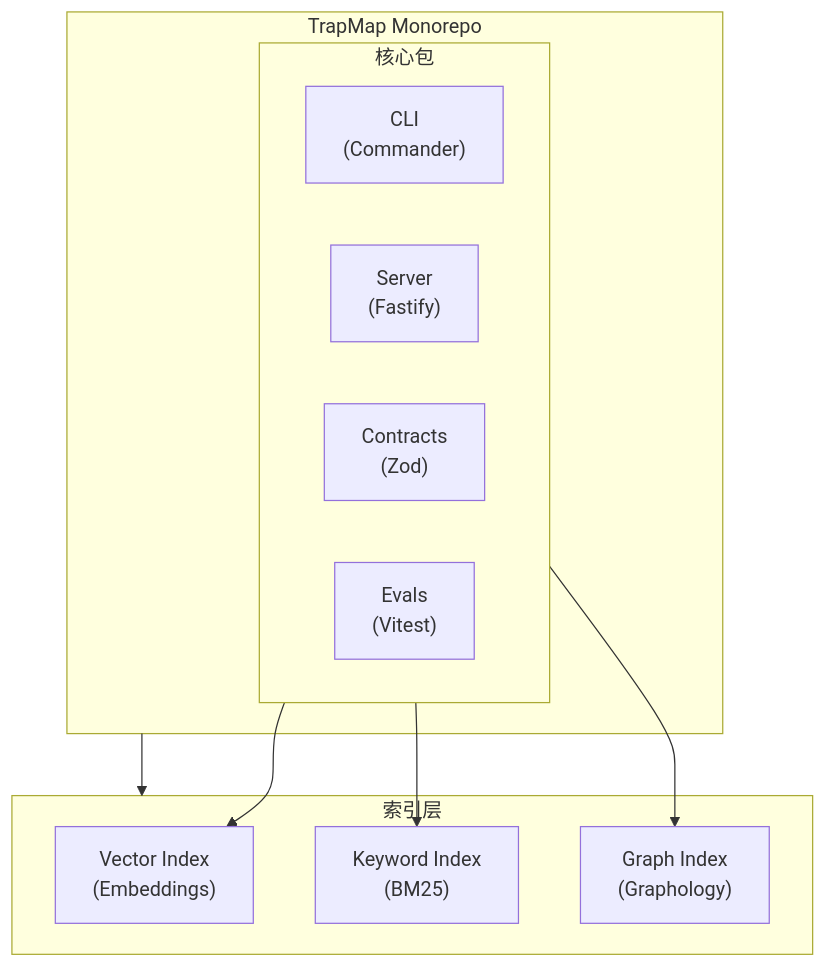
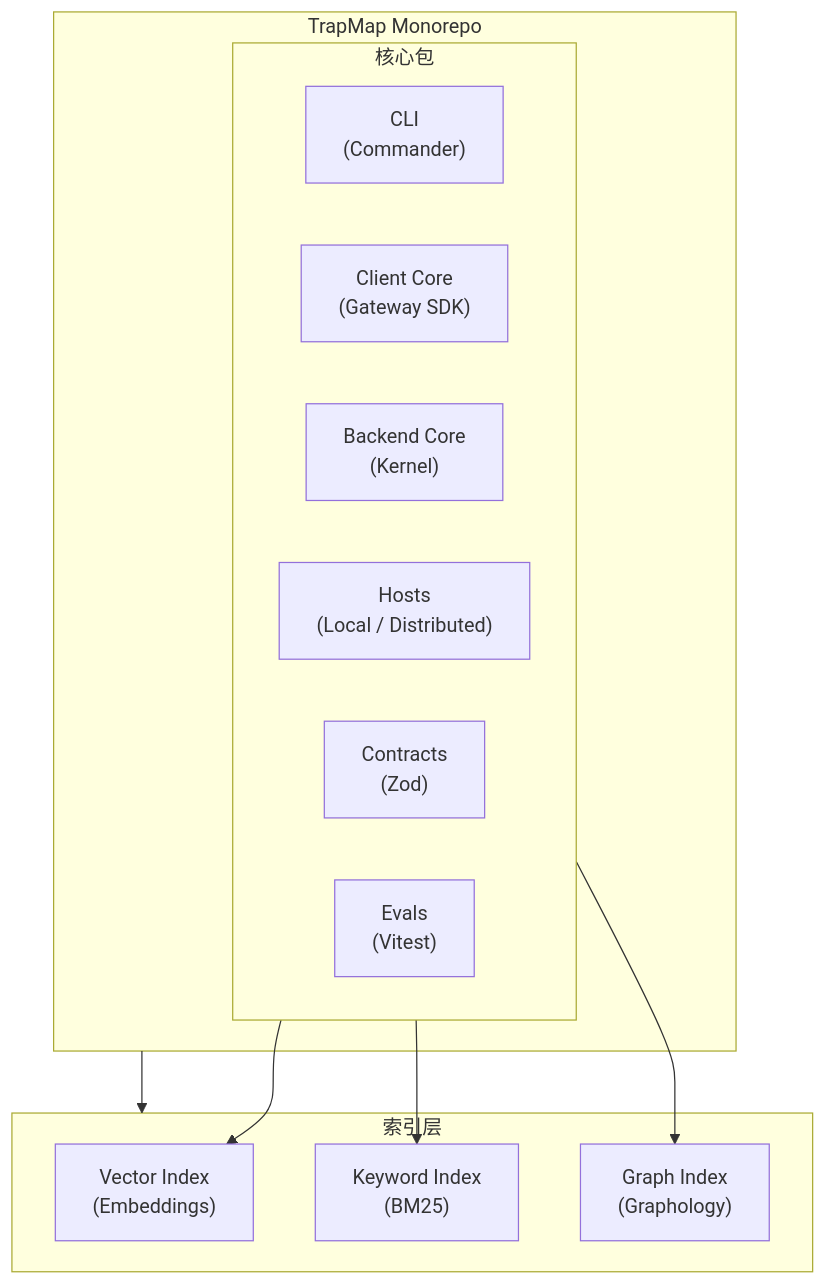
One commit to pofossette/TrapMap-for-vibing changed the diagram in docs/README.md. Above: the diagram before and after it, drawn with Mermaid. The commit also changed other lines of this file and 23 other files, not shown here.

````diff
--- a/docs/README.md
+++ b/docs/README.md
@@ -9,22 +9,24 @@
 ```mermaid
 flowchart TB
     subgraph 代码仓库["TrapMap Monorepo"]
     subgraph 核心包["核心包"]
             CLI["CLI<br/>(Commander)"]
-            Server["Server<br/>(Fastify)"]
+            ClientCore["Client Core<br/>(Gateway SDK)"]
+            BackendCore["Backend Core<br/>(Kernel)"]
+            Hosts["Hosts<br/>(Local / Distributed)"]
             Contracts["Contracts<br/>(Zod)"]
             Evals["Evals<br/>(Vitest)"]
         end
     end
 
     subgraph 索引层["索引层"]
         Vector["Vector Index<br/>(Embeddings)"]
         Keyword["Keyword Index<br/>(BM25)"]
         Graph["Graph Index<br/>(Graphology)"]
     end
 
     代码仓库 --> 索引层
     核心包 --> Vector
     核心包 --> Keyword
     核心包 --> Graph
 ```
````
